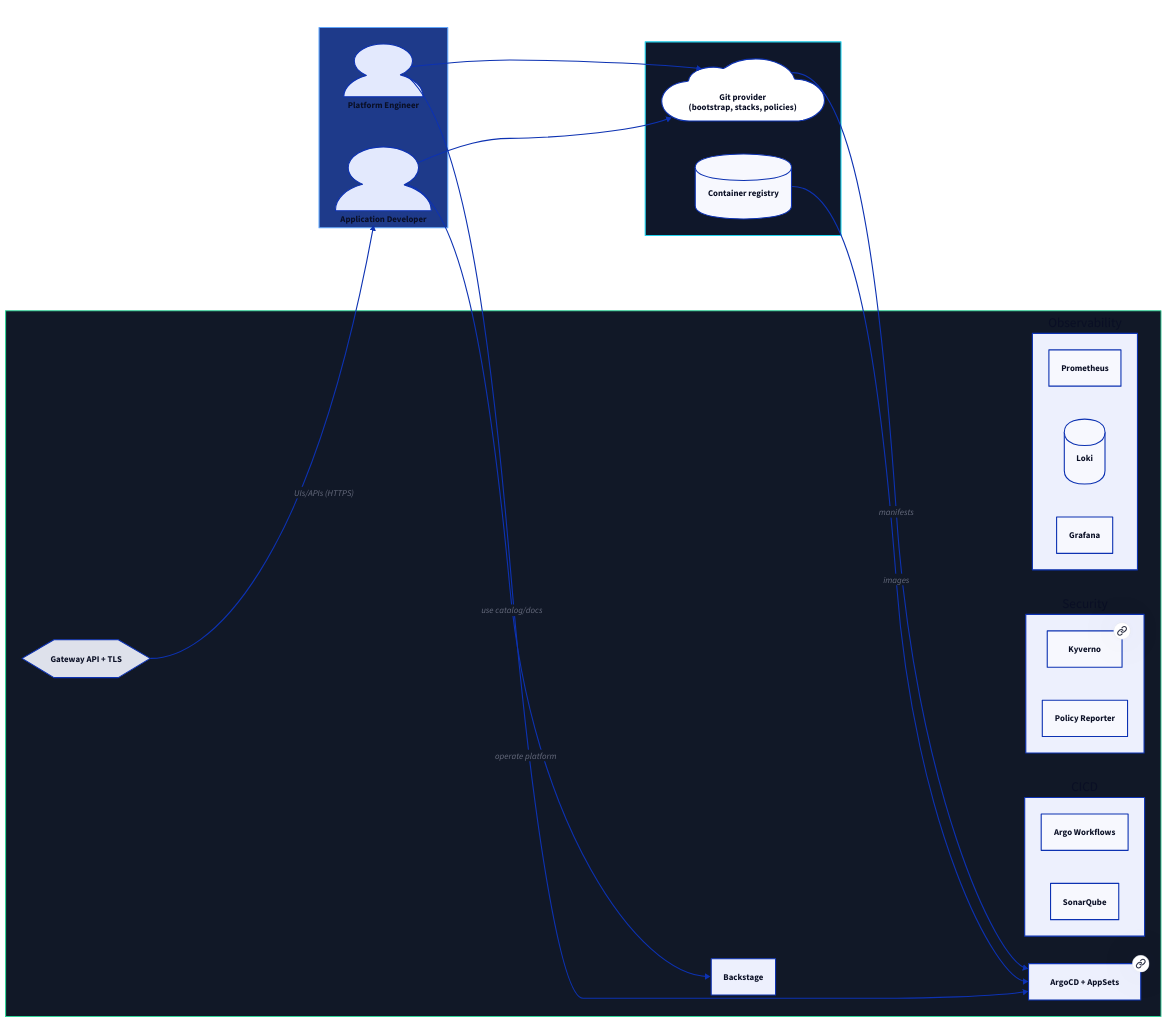
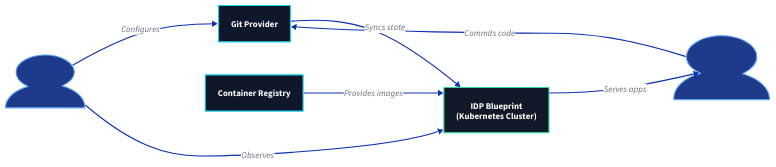
One commit to rou-cru/idp-blueprint changed the first of 2 diagrams in Docs/src/content/docs/architecture/overview.md. Above: the diagram before and after it, drawn with D2. The commit also changed other lines of this file and 8 other files, not shown here.

Commit message:
docs: Refactor Gateway API diagram to group routes into stacks and simplify ApplicationSet mapping diagram.

````diff
--- a/Docs/src/content/docs/architecture/overview.md
+++ b/Docs/src/content/docs/architecture/overview.md
@@ -31,71 +31,53 @@
 ```d2
 direction: right
 
-classes: { actor: { style.fill: "#1e3a8a"; style.stroke: "#60a5fa"; style.font-color: white }
-           ext: { style.fill: "#0f172a"; style.stroke: "#22d3ee"; style.font-color: white }
-           system: { style.fill: "#111827"; style.stroke: "#34d399"; style.font-color: white } }
-
-Actors: {
-  class: actor
-  Platform: {
+classes: {
+  actor: {
     shape: person
-    label: "Platform Engineer"
+    style: {
+      fill: "#1e3a8a"
+      stroke: "#60a5fa"
+      font-color: white
+    }
   }
-  Dev: {
-    shape: person
-    label: "Application Developer"
+  system: {
+    style: {
+      fill: "#111827"
+      stroke: "#34d399"
+      font-color: white
+    }
+  }
+  ext: {
+    style: {
+      fill: "#0f172a"
+      stroke: "#22d3ee"
+      font-color: white
+    }
   }
 }
 
-External: {
-  class: ext
-  Git: {
-    label: "Git provider\n(bootstrap, stacks, policies)"
-    shape: cloud
-  }
-  Registry: {
-    label: "Container registry"
-    shape: cylinder
-  }
-}
+Platform Engineer: { class: actor }
+Application Developer: { class: actor }
 
 IDP: {
   class: system
-  label: "IDP Blueprint cluster"
-  Gateway: {
-    label: "Gateway API + TLS"
-    shape: hexagon
-  }
-  Argo: {
-    label: "ArgoCD + AppSets"
-    link: https://argo-cd.readthedocs.io
-  }
-  Observability: {
-    Prom: "Prometheus"
-    Loki: {
-      shape: cylinder
-    }
-    Graf: "Grafana"
-  }
-  Security: {
-    Kyverno: {
-      link: https://kyverno.io
-    }
-    Reporter: "Policy Reporter"
-  }
-  CICD: {
-    Workflows: "Argo Workflows"
-    Sonar: "SonarQube"
-  }
-  Portal: "Backstage"
+  label: "IDP Blueprint\n(Kubernetes Cluster)"
 }
 
-Actors.Platform -> External.Git
-Actors.Dev -> External.Git
+Git: {
+  class: ext
+  label: "Git Provider"
+}
 
-External.Git -> IDP.Argo: "manifests"
-External.Registry -> IDP.Argo: "images"
-IDP.Gateway -> Actors.Dev: "UIs/APIs (HTTPS)"
-Actors.Dev -> IDP.Portal: "use catalog/docs"
-Actors.Platform -> IDP.Argo: "operate platform"
+Registry: {
+  class: ext
+  label: "Container Registry"
+}
+
+Platform Engineer -> Git: "Configures"
+Application Developer -> Git: "Commits code"
+Git -> IDP: "Syncs state"
+Registry -> IDP: "Provides images"
+IDP -> Application Developer: "Serves apps"
+Platform Engineer -> IDP: "Observes"
 ```
````
